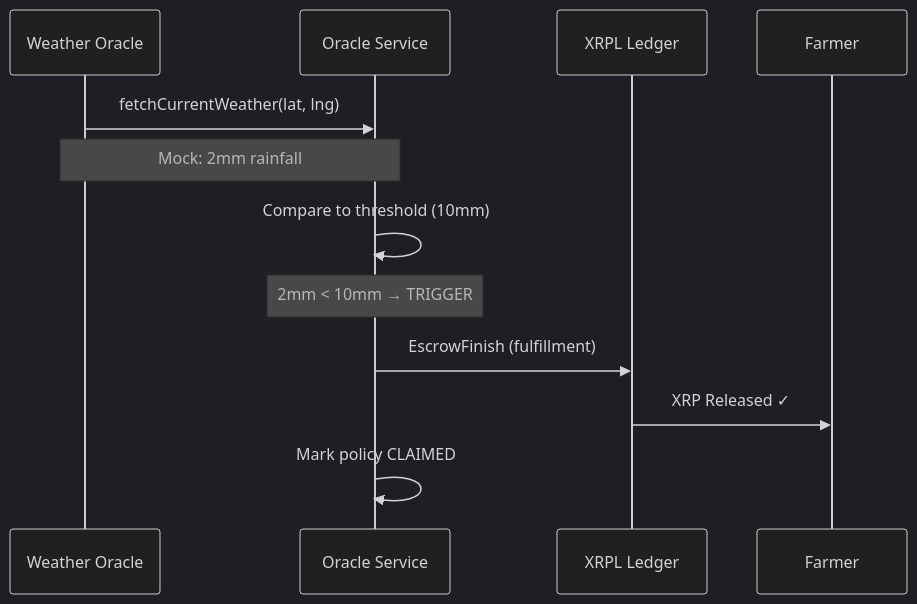
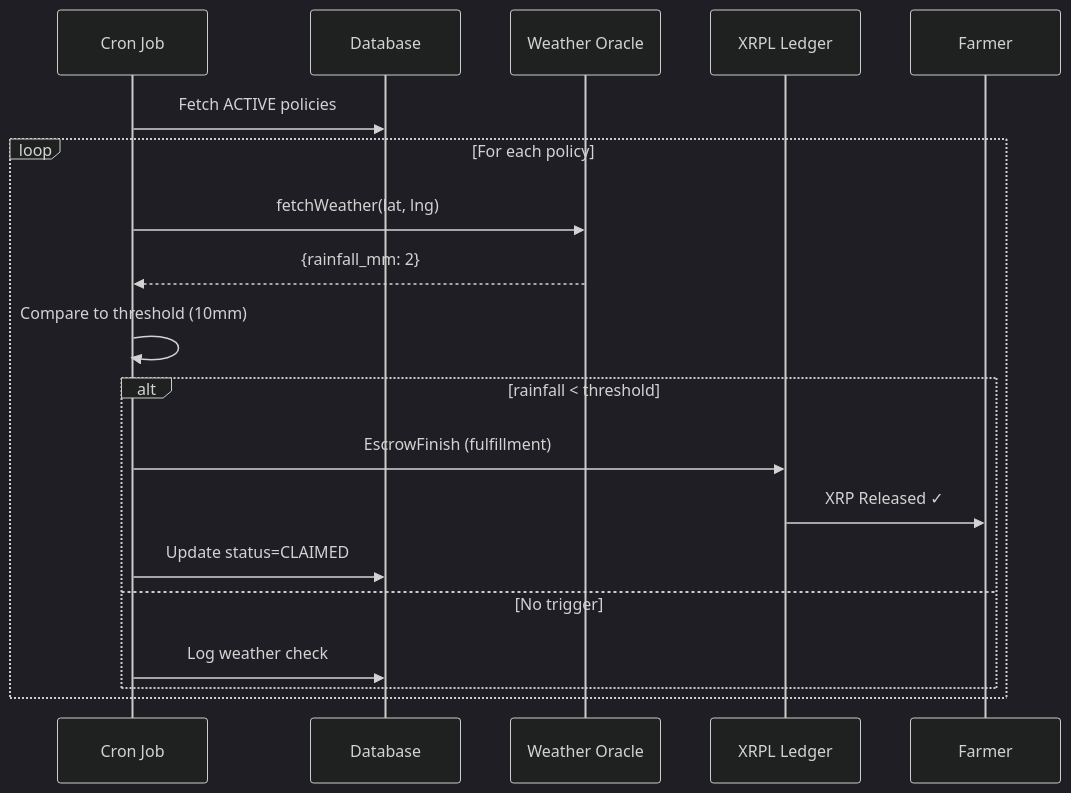
The sixth of 6 diagrams in README.md (ianp-1/Canopy), drawn with Mermaid (dark theme) before and after one commit. The commit also changed other lines of this file and 19 other files, not shown here.

Commit message:
integrate xrp policy payments, nft, escrow etc

````diff
--- a/README.md
+++ b/README.md
@@ -166,15 +297,22 @@
 ```mermaid
 sequenceDiagram
+    participant Cron as Cron Job
+    participant DB as Database
     participant WO as Weather Oracle
-    participant OS as Oracle Service
     participant XRPL as XRPL Ledger
     participant Farmer
 
-    WO->>OS: fetchCurrentWeather(lat, lng)
-    Note over WO,OS: Mock: 2mm rainfall
-    OS->>OS: Compare to threshold (10mm)
-    Note over OS: 2mm < 10mm → TRIGGER
-    OS->>XRPL: EscrowFinish (fulfillment)
-    XRPL->>Farmer: XRP Released ✓
-    OS->>OS: Mark policy CLAIMED
+    Cron->>DB: Fetch ACTIVE policies
+    loop For each policy
+        Cron->>WO: fetchWeather(lat, lng)
+        WO-->>Cron: {rainfall_mm: 2}
+        Cron->>Cron: Compare to threshold (10mm)
+        alt rainfall < threshold
+            Cron->>XRPL: EscrowFinish (fulfillment)
+            XRPL->>Farmer: XRP Released ✓
+            Cron->>DB: Update status=CLAIMED
+        else No trigger
+            Cron->>DB: Log weather check
+        end
+    end
 ```
````
